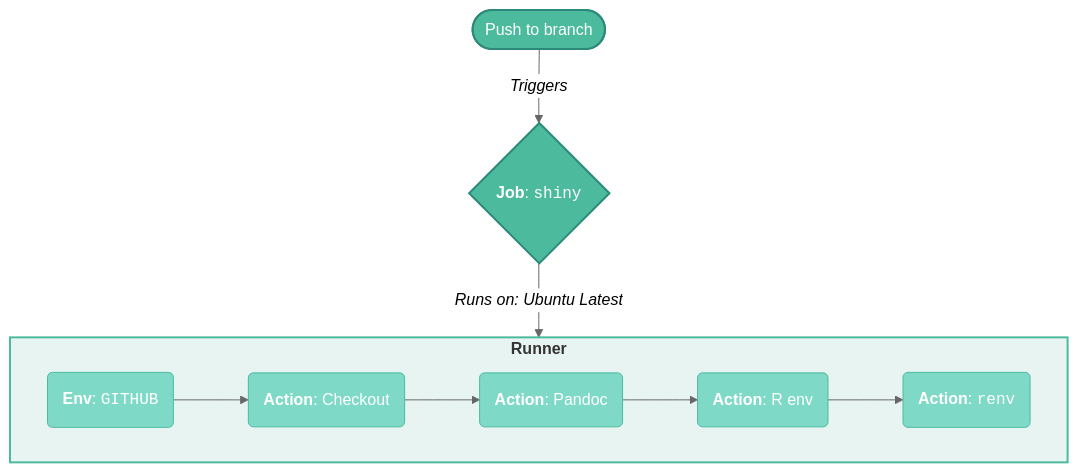
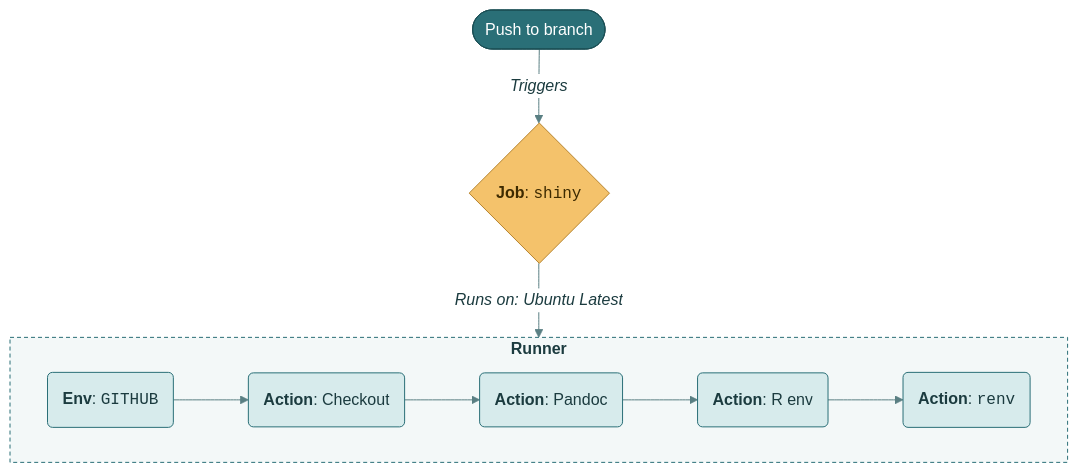
The seventh of 8 diagrams in gha.qmd (mjfrigaard/shiny-app-pkgs), drawn with Mermaid before and after one commit. The commit also changed other lines of this file and 22 other files, not shown here.

First line of the commit message:
Standardize mermaid diagrams on the site teal palette

````diff
--- a/gha.qmd
+++ b/gha.qmd
@@ -919,26 +936,26 @@
 ```{mermaid}
 %%| fig-align: center
-%%{init: {'theme': 'neutral', 'themeVariables': { 'fontFamily': 'monospace', "fontSize":"16px"}}}%%
+%%{init: {'theme': 'base', 'themeVariables': { 'fontFamily': 'monospace', "fontSize":"16px", "primaryColor":"#D7EBEC", "primaryTextColor":"#1B3B3F", "primaryBorderColor":"#2A6F77", "lineColor":"#5A7F83", "edgeLabelBackground":"#FFFFFF", "clusterBkg":"#F3F8F8", "clusterBorder":"#2A6F77", "darkMode":false}}}%%
 flowchart TD
   Push(["Push to branch"])
   Push -->|"<em>Triggers</em>"| Shiny{"<strong>Job</strong>: <code>shiny</code>"}
     subgraph ubuntu["<strong>Runner</strong>"]
         PAT("<strong>Env</strong>: <code>GITHUB</code>")
         Checkout("<strong>Action</strong>: Checkout")
         SetupPandoc("<strong>Action</strong>: Pandoc")
         SetupR("<strong>Action</strong>: R env")
         SetupRenv("<strong>Action</strong>: <code>renv</code>")
     end
   Shiny -->|"<em>Runs on: Ubuntu Latest</em>"| ubuntu
   PAT --> Checkout --> SetupPandoc --> SetupR
   SetupR --> SetupRenv
 
-  style Push fill:#4CBB9D,color:#fff,stroke:#2d8a7a,stroke-width:2px
-  style Shiny fill:#4CBB9D,color:#fff,stroke:#2d8a7a,stroke-width:2px
-  style ubuntu fill:#e8f4f1,stroke:#4CBB9D,stroke-width:2px
-  style PAT fill:#7fd9c7,color:#fff,stroke:#4CBB9D,stroke-width:1px
-  style Checkout fill:#7fd9c7,color:#fff,stroke:#4CBB9D,stroke-width:1px
-  style SetupPandoc fill:#7fd9c7,color:#fff,stroke:#4CBB9D,stroke-width:1px
-  style SetupR fill:#7fd9c7,color:#fff,stroke:#4CBB9D,stroke-width:1px
-  style SetupRenv fill:#7fd9c7,color:#fff,stroke:#4CBB9D,stroke-width:1px
+    classDef term fill:#2A6F77,color:#FFFFFF,stroke:#1B4F55,stroke-width:1px
+    classDef step fill:#D7EBEC,color:#1B3B3F,stroke:#2A6F77,stroke-width:1px
+    classDef decision fill:#F4C26B,color:#3D2A00,stroke:#B7832B,stroke-width:1px
+    classDef io fill:#FFFFFF,color:#1B3B3F,stroke:#2A6F77,stroke-width:1px
+    class Push term
+    class PAT,Checkout,SetupPandoc,SetupR,SetupRenv step
+    class Shiny decision
+    style ubuntu fill:#F3F8F8,color:#1B3B3F,stroke:#2A6F77,stroke-width:1px,stroke-dasharray:4 3
 ```
````
